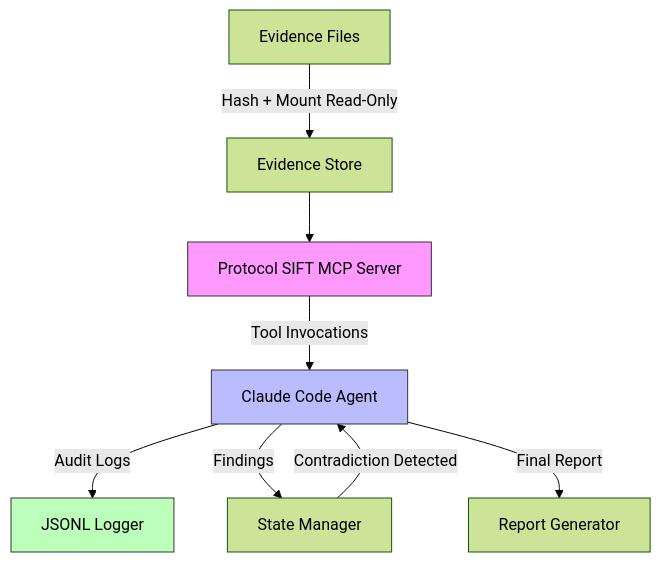
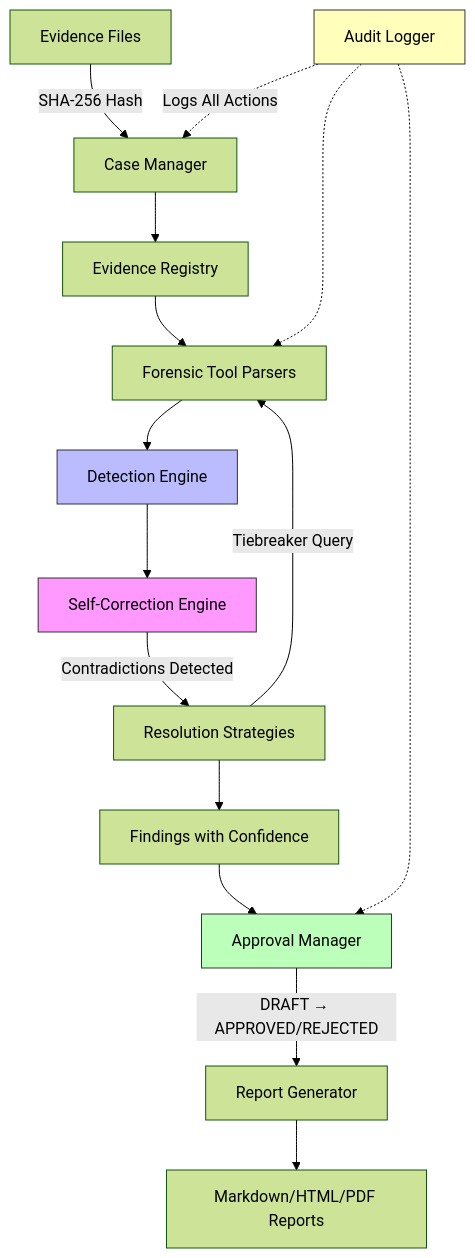
The diagram in README.md (Strike48-public/4n6_nexus), drawn with Mermaid (forest theme) before and after one commit. The commit also changed other lines of this file and 3 other files, not shown here.

````diff
--- a/README.md
+++ b/README.md
@@ -53,14 +334,23 @@
 ```mermaid
 graph TD
-    A[Evidence Files] -->|Hash + Mount Read-Only| B[Evidence Store]
-    B --> C[Protocol SIFT MCP Server]
-    C -->|Tool Invocations| D[Claude Code Agent]
-    D -->|Audit Logs| E[JSONL Logger]
-    D -->|Findings| F[State Manager]
-    F -->|Contradiction Detected| D
-    D -->|Final Report| G[Report Generator]
+    A[Evidence Files] -->|SHA-256 Hash| B[Case Manager]
+    B --> C[Evidence Registry]
+    C --> D[Forensic Tool Parsers]
+    D --> E[Detection Engine]
+    E --> F[Self-Correction Engine]
+    F -->|Contradictions Detected| G[Resolution Strategies]
+    G -->|Tiebreaker Query| D
+    G --> H[Findings with Confidence]
+    H --> I[Approval Manager]
+    I -->|DRAFT → APPROVED/REJECTED| J[Report Generator]
+    J --> K[Markdown/HTML/PDF Reports]
     
-    style C fill:#f9f,stroke:#333
-    style D fill:#bbf,stroke:#333
-    style E fill:#bfb,stroke:#333
+    L[Audit Logger] -.->|Logs All Actions| B
+    L -.-> D
+    L -.-> I
+    
+    style E fill:#bbf,stroke:#333
+    style F fill:#f9f,stroke:#333
+    style I fill:#bfb,stroke:#333
+    style L fill:#ffb,stroke:#333
 ```
````
